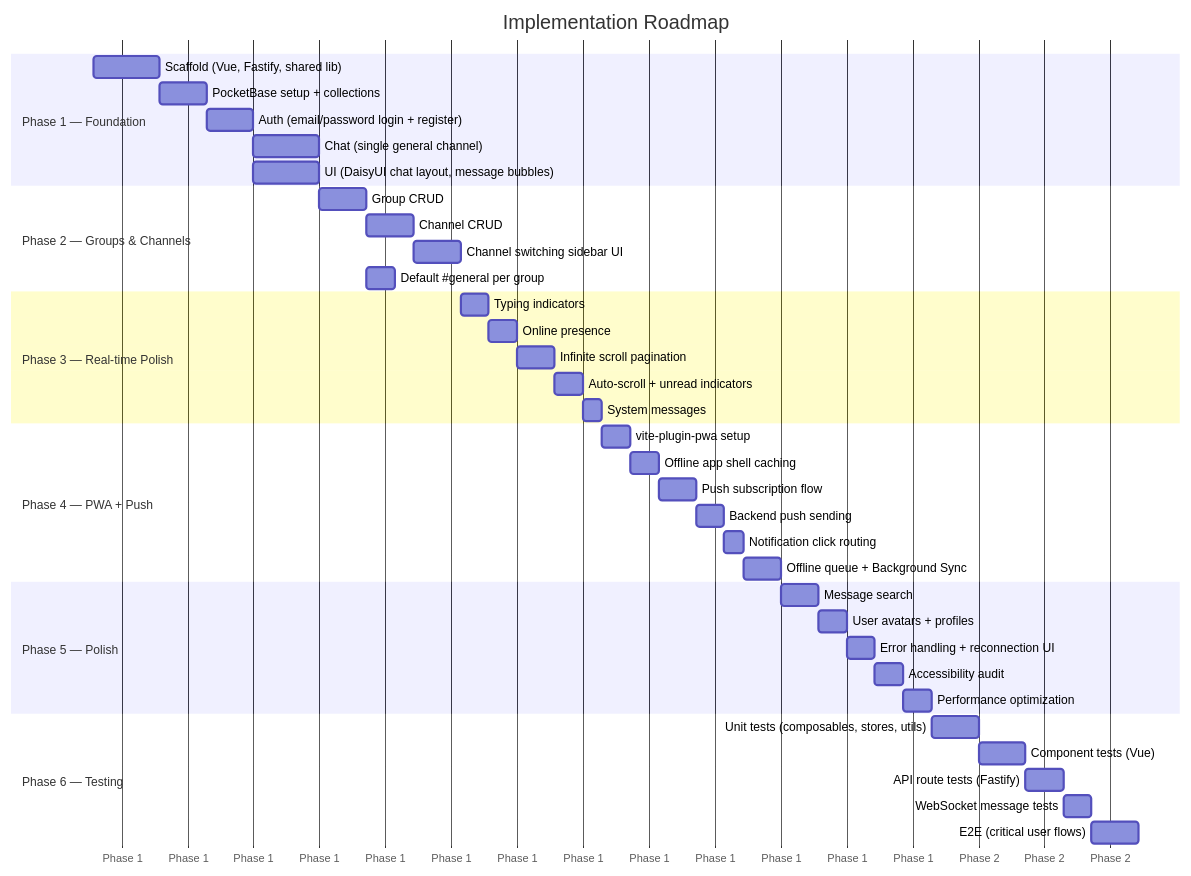
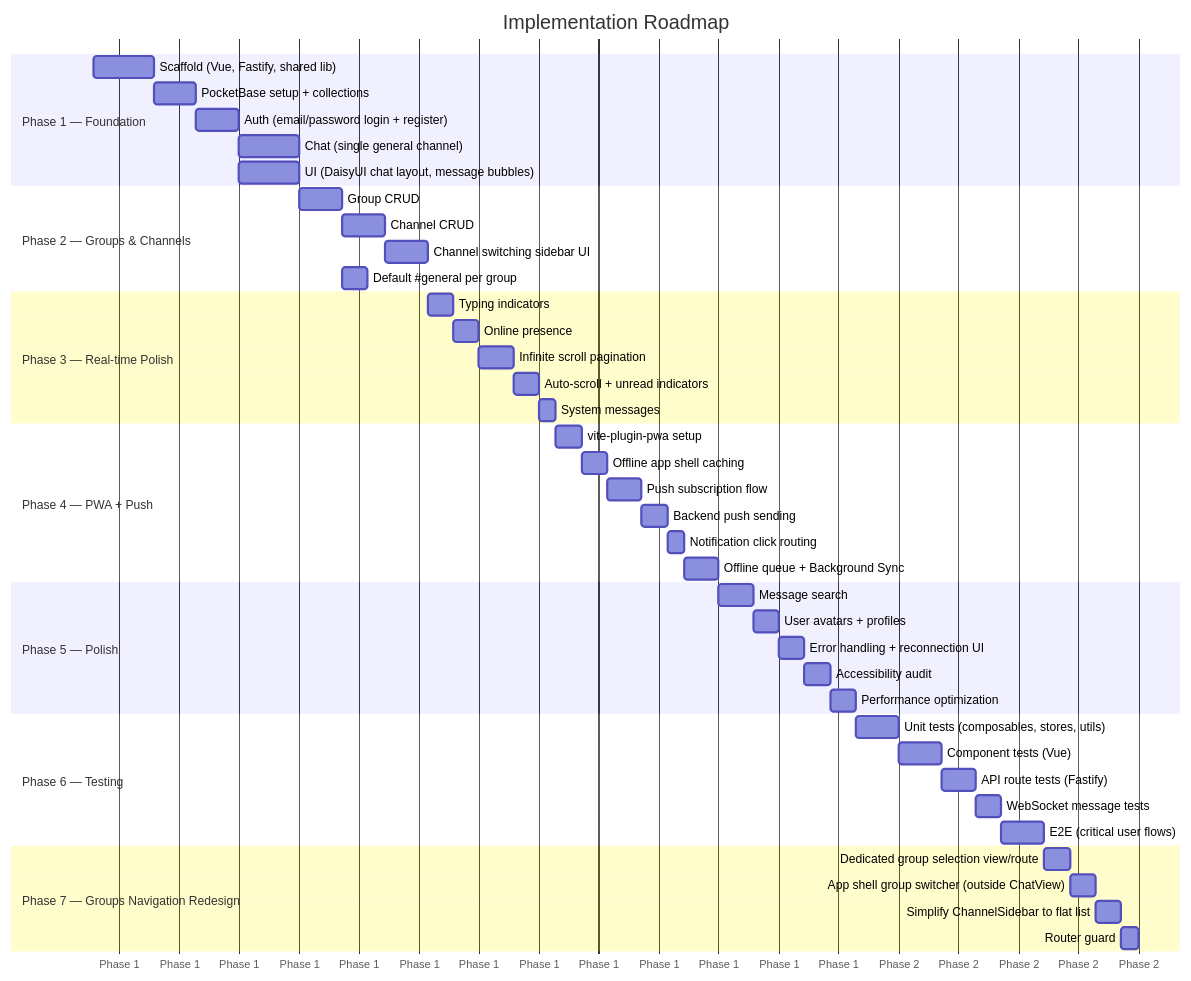
One commit to davidjonesibm/chat changed the sixth of 7 diagrams in docs/ARCHITECTURE.md. Above: the diagram before and after it, drawn with Mermaid. The commit also changed other lines of this file and 8 other files, not shown here.

````diff
--- a/docs/ARCHITECTURE.md
+++ b/docs/ARCHITECTURE.md
@@ -543,48 +543,54 @@
 ```mermaid
 gantt
     title Implementation Roadmap
     dateFormat  YYYY-MM-DD
     axisFormat  Phase %q
 
     section Phase 1 — Foundation
     Scaffold (Vue, Fastify, shared lib)         :p1a, 2026-01-01, 7d
     PocketBase setup + collections             :p1b, after p1a, 5d
     Auth (email/password login + register)     :p1c, after p1b, 5d
     Chat (single general channel)              :p1d, after p1c, 7d
     UI (DaisyUI chat layout, message bubbles)  :p1e, after p1c, 7d
 
     section Phase 2 — Groups & Channels
     Group CRUD                                 :p2a, after p1e, 5d
     Channel CRUD                               :p2b, after p2a, 5d
     Channel switching sidebar UI               :p2c, after p2b, 5d
     Default #general per group                 :p2d, after p2a, 3d
 
     section Phase 3 — Real-time Polish
     Typing indicators                          :p3a, after p2c, 3d
     Online presence                            :p3b, after p3a, 3d
     Infinite scroll pagination                 :p3c, after p3b, 4d
     Auto-scroll + unread indicators            :p3d, after p3c, 3d
     System messages                            :p3e, after p3d, 2d
 
     section Phase 4 — PWA + Push
     vite-plugin-pwa setup                      :p4a, after p3e, 3d
     Offline app shell caching                  :p4b, after p4a, 3d
     Push subscription flow                     :p4c, after p4b, 4d
     Backend push sending                       :p4d, after p4c, 3d
     Notification click routing                 :p4e, after p4d, 2d
     Offline queue + Background Sync            :p4f, after p4e, 4d
 
     section Phase 5 — Polish
     Message search                             :p5a, after p4f, 4d
     User avatars + profiles                    :p5b, after p5a, 3d
     Error handling + reconnection UI           :p5c, after p5b, 3d
     Accessibility audit                        :p5d, after p5c, 3d
     Performance optimization                   :p5e, after p5d, 3d
 
     section Phase 6 — Testing
     Unit tests (composables, stores, utils)    :p6a, after p5e, 5d
     Component tests (Vue)                      :p6b, after p6a, 5d
     API route tests (Fastify)                  :p6c, after p6b, 4d
     WebSocket message tests                     :p6d, after p6c, 3d
     E2E (critical user flows)                  :p6e, after p6d, 5d
+
+    section Phase 7 — Groups Navigation Redesign
+    Dedicated group selection view/route        :p7a, after p6e, 3d
+    App shell group switcher (outside ChatView) :p7b, after p7a, 3d
+    Simplify ChannelSidebar to flat list        :p7c, after p7b, 3d
+    Router guard: require active group context  :p7d, after p7c, 2d
 ```
````
